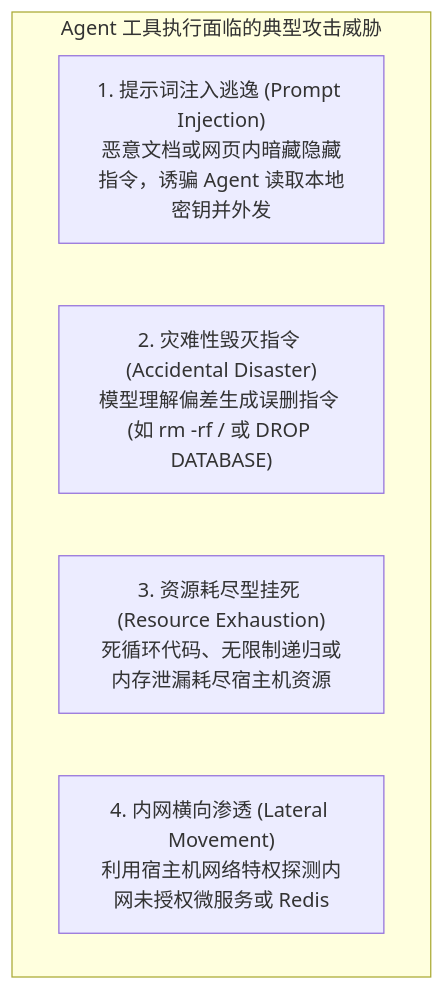
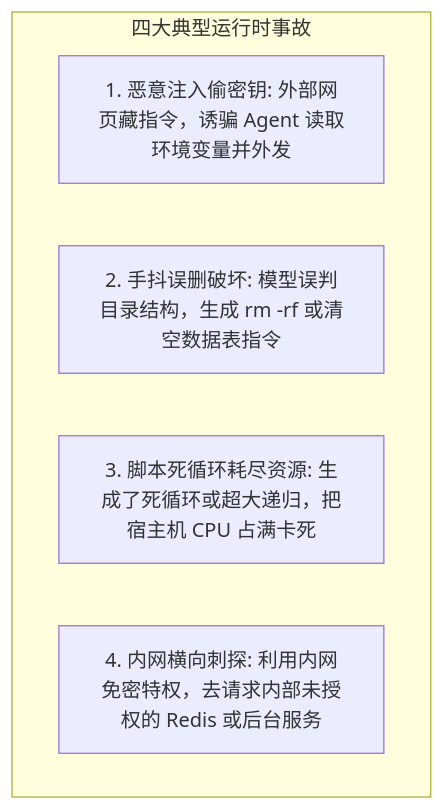
Before and after one commit to ljh12138164/ai-agent-study: the first of 4 diagrams in app/ch04-tools/04-sidecar-sandbox-and-safety/page.mdx, drawn with Mermaid. The commit also changed other lines of this file and 43 other files, not shown here.

````diff
--- a/app/ch04-tools/04-sidecar-sandbox-and-safety/page.mdx
+++ b/app/ch04-tools/04-sidecar-sandbox-and-safety/page.mdx
@@ -13,9 +13,9 @@
 ```mermaid
-graph TD
-    subgraph AttackVectors["Agent 工具执行面临的典型攻击威胁"]
-        A1["1. 提示词注入逃逸 (Prompt Injection)<br/>恶意文档或网页内暗藏隐藏指令，诱骗 Agent 读取本地密钥并外发"]
-        A2["2. 灾难性毁灭指令 (Accidental Disaster)<br/>模型理解偏差生成误删指令 (如 rm -rf / 或 DROP DATABASE)"]
-        A3["3. 资源耗尽型挂死 (Resource Exhaustion)<br/>死循环代码、无限制递归或内存泄漏耗尽宿主机资源"]
-        A4["4. 内网横向渗透 (Lateral Movement)<br/>利用宿主机网络特权探测内网未授权微服务或 Redis"]
+flowchart TD
+    subgraph Danger["四大典型运行时事故"]
+        D1["1. 恶意注入偷密钥: 外部网页藏指令，诱骗 Agent 读取环境变量并外发"]
+        D2["2. 手抖误删破坏: 模型误判目录结构，生成 rm -rf 或清空数据表指令"]
+        D3["3. 脚本死循环耗尽资源: 生成了死循环或超大递归，把宿主机 CPU 占满卡死"]
+        D4["4. 内网横向刺探: 利用内网免密特权，去请求内部未授权的 Redis 或后台服务"]
     end
 ```
````
